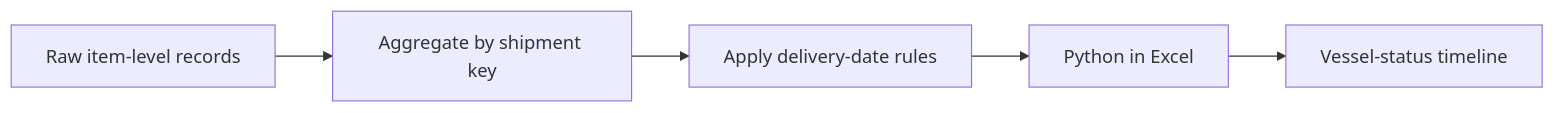
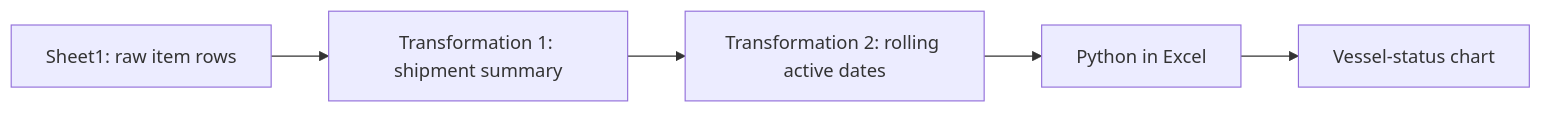
The diagram in README.md (khaothip/logistics-vessel-tracker), drawn with Mermaid before and after one commit. The commit also changed other lines of this file, not shown here.

Commit message:
Add demo chart and complete transformation walkthrough

````diff
--- a/README.md
+++ b/README.md
@@ -20,7 +20,7 @@
 ```mermaid
 flowchart LR
-    A["Raw item-level records"] --> B["Aggregate by shipment key"]
-    B --> C["Apply delivery-date rules"]
+    A["Sheet1: raw item rows"] --> B["Transformation 1: shipment summary"]
+    B --> C["Transformation 2: rolling active dates"]
     C --> D["Python in Excel"]
-    D --> E["Vessel-status timeline"]
+    D --> E["Vessel-status chart"]
 ```
````
